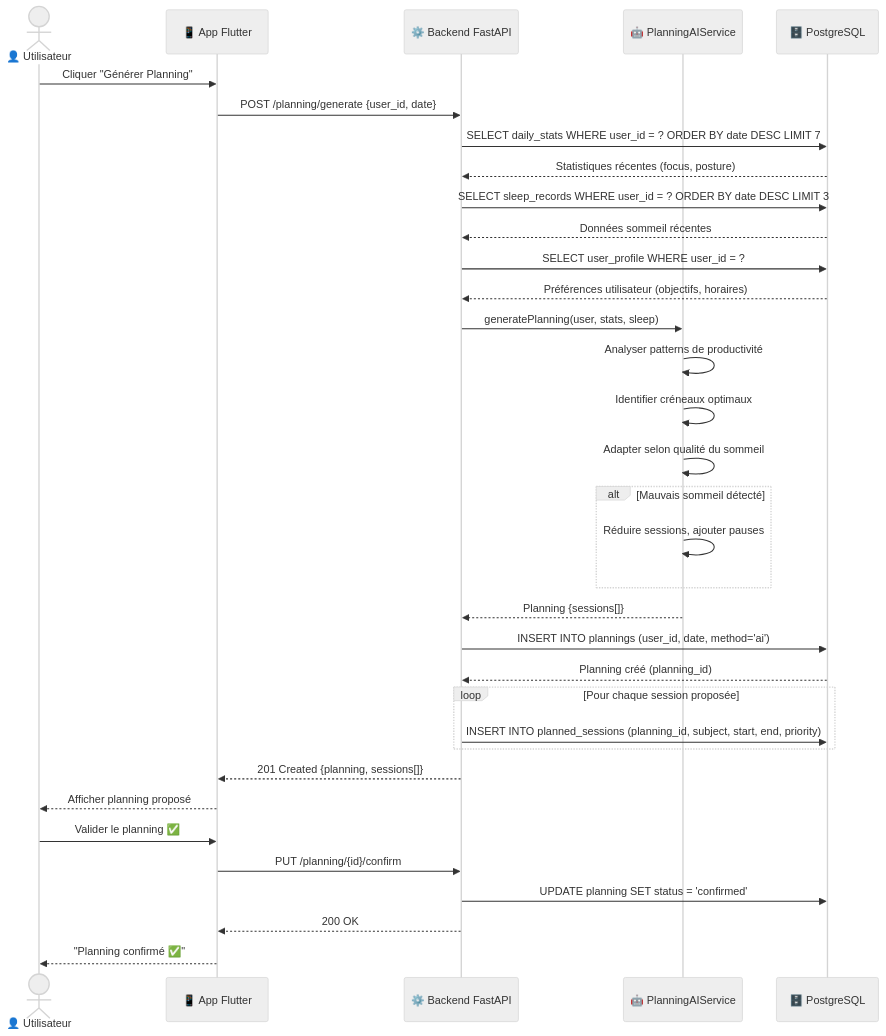
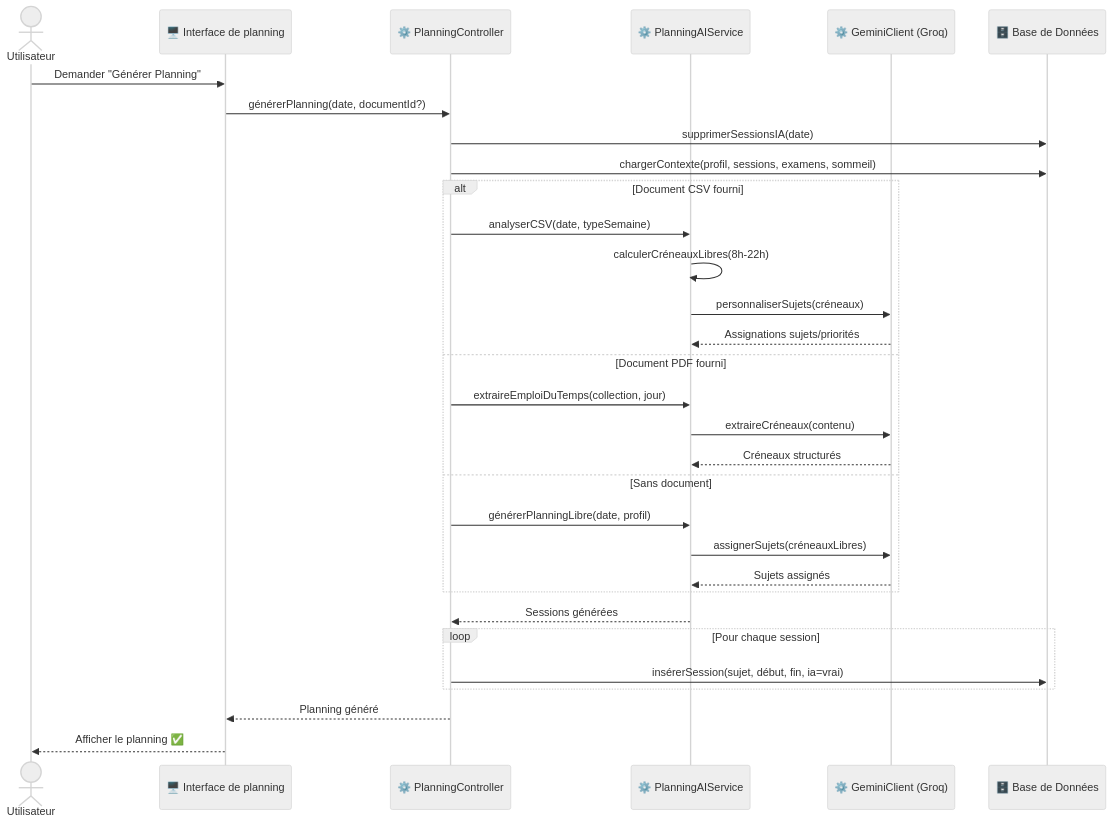
Before and after one commit to Jkacem/smart_focus: the sixth of 16 diagrams in docs/Conception_DiagrammeSequence.md, drawn with Mermaid (neutral theme). The commit also changed other lines of this file and 93 other files, not shown here.

````diff
--- a/docs/Conception_DiagrammeSequence.md
+++ b/docs/Conception_DiagrammeSequence.md
@@ -195,47 +181,37 @@
 ```mermaid
 sequenceDiagram
-    actor User as 👤 Utilisateur
-    participant App as 📱 App Flutter
-    participant API as ⚙️ Backend FastAPI
-    participant PlanAI as 🤖 PlanningAIService
-    participant DB as 🗄️ PostgreSQL
+    actor Utilisateur
+    participant B as 🖥️ Interface de planning
+    participant C as ⚙️ PlanningController
+    participant AI as ⚙️ PlanningAIService
+    participant LLM as ⚙️ GeminiClient (Groq)
+    participant E as 🗄️ Base de Données
 
-    User->>App: Cliquer "Générer Planning"
-    App->>API: POST /planning/generate {user_id, date}
-    
-    API->>DB: SELECT daily_stats WHERE user_id = ? ORDER BY date DESC LIMIT 7
-    DB-->>API: Statistiques récentes (focus, posture)
-    
-    API->>DB: SELECT sleep_records WHERE user_id = ? ORDER BY date DESC LIMIT 3
-    DB-->>API: Données sommeil récentes
-    
-    API->>DB: SELECT user_profile WHERE user_id = ?
-    DB-->>API: Préférences utilisateur (objectifs, horaires)
-    
-    API->>PlanAI: generatePlanning(user, stats, sleep)
-    PlanAI->>PlanAI: Analyser patterns de productivité
-    PlanAI->>PlanAI: Identifier créneaux optimaux
-    PlanAI->>PlanAI: Adapter selon qualité du sommeil
-    
-    alt Mauvais sommeil détecté
-        PlanAI->>PlanAI: Réduire sessions, ajouter pauses
+    Utilisateur->>B: Demander "Générer Planning"
+    B->>C: générerPlanning(date, documentId?)
+    C->>E: supprimerSessionsIA(date)
+    C->>E: chargerContexte(profil, sessions, examens, sommeil)
+
+    alt Document CSV fourni
+        C->>AI: analyserCSV(date, typeSemaine)
+        AI->>AI: calculerCréneauxLibres(8h-22h)
+        AI->>LLM: personnaliserSujets(créneaux)
+        LLM-->>AI: Assignations sujets/priorités
+    else Document PDF fourni
+        C->>AI: extraireEmploiDuTemps(collection, jour)
+        AI->>LLM: extraireCréneaux(contenu)
+        LLM-->>AI: Créneaux structurés
+    else Sans document
+        C->>AI: générerPlanningLibre(date, profil)
+        AI->>LLM: assignerSujets(créneauxLibres)
+        LLM-->>AI: Sujets assignés
     end
-    
-    PlanAI-->>API: Planning {sessions[]}
-    
-    API->>DB: INSERT INTO plannings (user_id, date, method='ai')
-    DB-->>API: Planning créé (planning_id)
-    
-    loop Pour chaque session proposée
-        API->>DB: INSERT INTO planned_sessions (planning_id, subject, start, end, priority)
+
+    AI-->>C: Sessions générées
+    loop Pour chaque session
+        C->>E: insérerSession(sujet, début, fin, ia=vrai)
     end
-    
-    API-->>App: 201 Created {planning, sessions[]}
-    App-->>User: Afficher planning proposé
-    
-    User->>App: Valider le planning ✅
-    App->>API: PUT /planning/{id}/confirm
-    API->>DB: UPDATE planning SET status = 'confirmed'
-    API-->>App: 200 OK
-    App-->>User: "Planning confirmé ✅"
+
+    C-->>B: Planning généré
+    B-->>Utilisateur: Afficher le planning ✅
 ```
````
